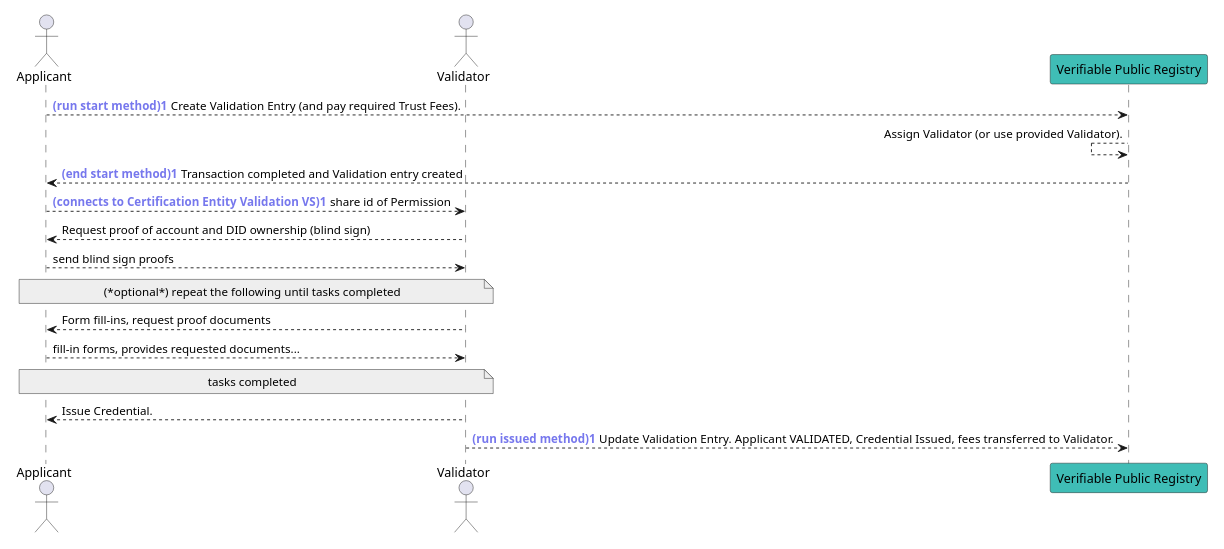
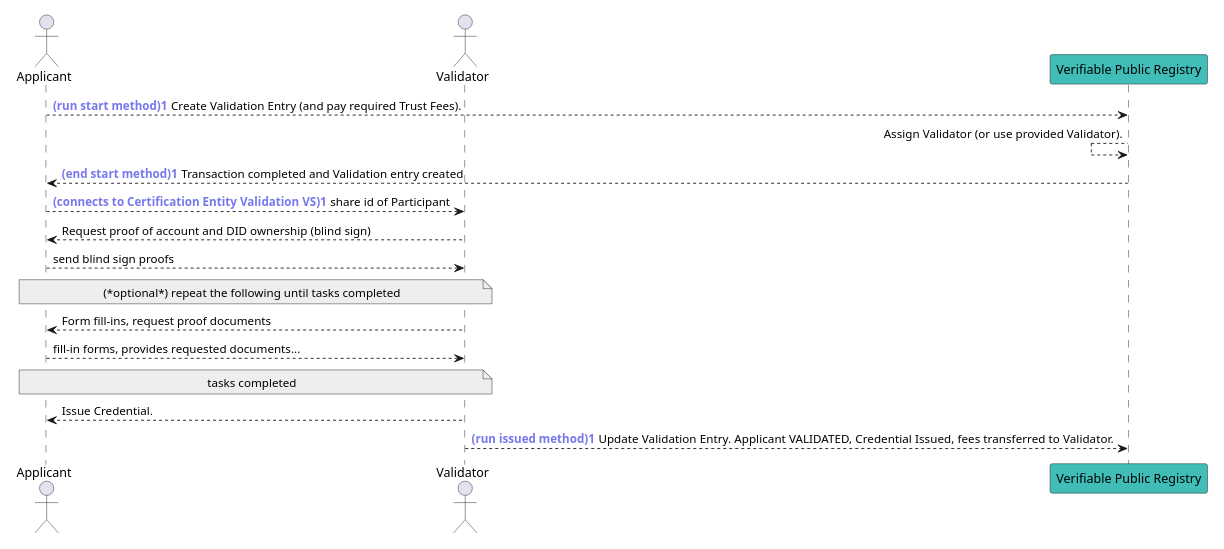
Diagram 19 of 20 in spec.md (verana-labs/verifiable-trust-vpr-spec), drawn with PlantUML before and after one commit. The commit also changed other lines of this file, not shown here.

````diff
--- a/spec.md
+++ b/spec.md
@@ -4717,27 +4717,27 @@
 ```plantuml
 scale max 800 width
 actor "Applicant" as Applicant 
 actor "Validator" as CE
 participant "Verifiable Public Registry" as VPR #3fbdb6
 autonumber "<font color='#7677ed'><b>(run start method)"
 Applicant --> VPR #3fbdb6: Create Validation Entry (and pay required Trust Fees).
 autonumber stop
 VPR <-- VPR: Assign Validator (or use provided Validator).
 autonumber "<font color='#7677ed'><b>(end start method)"
 Applicant <-- VPR: Transaction completed and Validation entry created
 autonumber stop
 autonumber "<font color='#7677ed'><b>(connects to Certification Entity Validation VS)"
-Applicant --> CE: share id of Permission
+Applicant --> CE: share id of Participant
 autonumber stop
 Applicant <-- CE: Request proof of account and DID ownership (blind sign)
 Applicant --> CE: send blind sign proofs 
 note over Applicant, CE #EEEEEE: (*optional*) repeat the following until tasks completed
 Applicant <-- CE: Form fill-ins, request proof documents
 Applicant --> CE: fill-in forms, provides requested documents...
 note over Applicant, CE #EEEEEE: tasks completed
 autonumber stop
 CE --> Applicant #3fbdb6: Issue Credential.
 autonumber "<font color='#7677ed'><b>(run issued method)"
 CE --> VPR #3fbdb6: Update Validation Entry. Applicant VALIDATED, Credential Issued, fees transferred to Validator.
 autonumber stop
 ```
````
